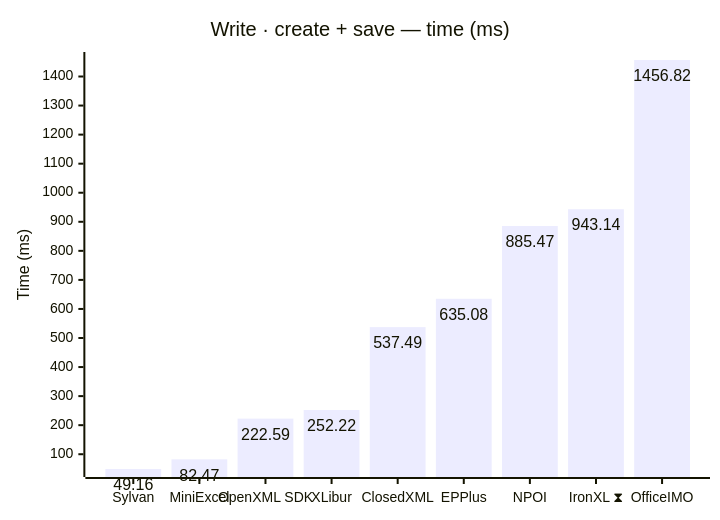
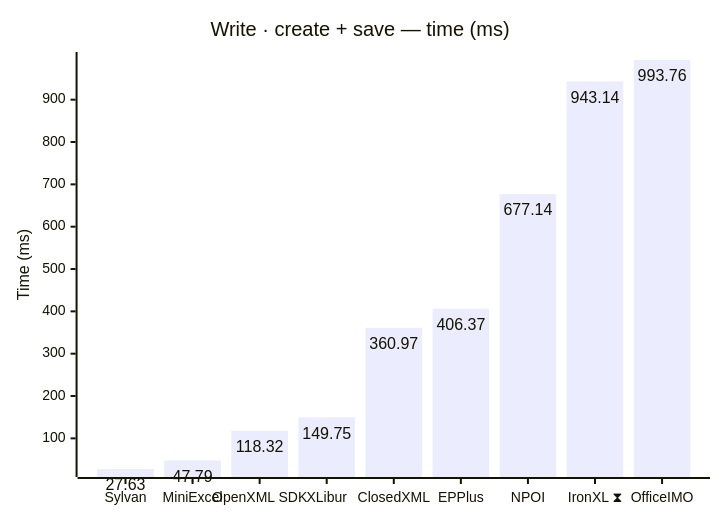
One commit to jafin/XLBench changed the seventh of 18 diagrams in docs/results-ci.md. Above: the diagram before and after it, drawn with Mermaid. The commit also changed other lines of this file, not shown here.

````diff
--- a/docs/results-ci.md
+++ b/docs/results-ci.md
@@ -95,12 +121,12 @@
 ```mermaid
 ---
 config:
   xyChart:
     showDataLabel: true
 ---
 xychart-beta
     title "Write · create + save — time (ms)"
     x-axis ["Sylvan", "MiniExcel", "OpenXML SDK", "XLibur", "ClosedXML", "EPPlus", "NPOI", "IronXL ⧗", "OfficeIMO"]
     y-axis "Time (ms)"
-    bar [49.16, 82.47, 222.59, 252.22, 537.49, 635.08, 885.47, 943.14, 1456.82]
+    bar [27.63, 47.79, 118.32, 149.75, 360.97, 406.37, 677.14, 943.14, 993.76]
 ```
````
